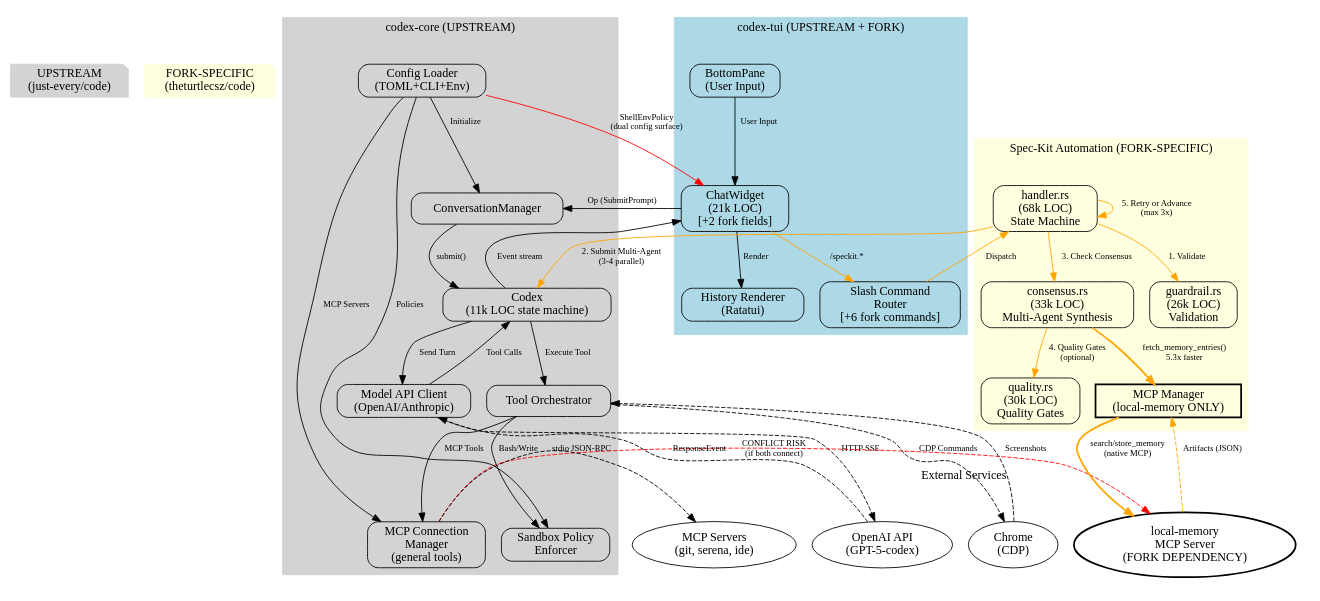
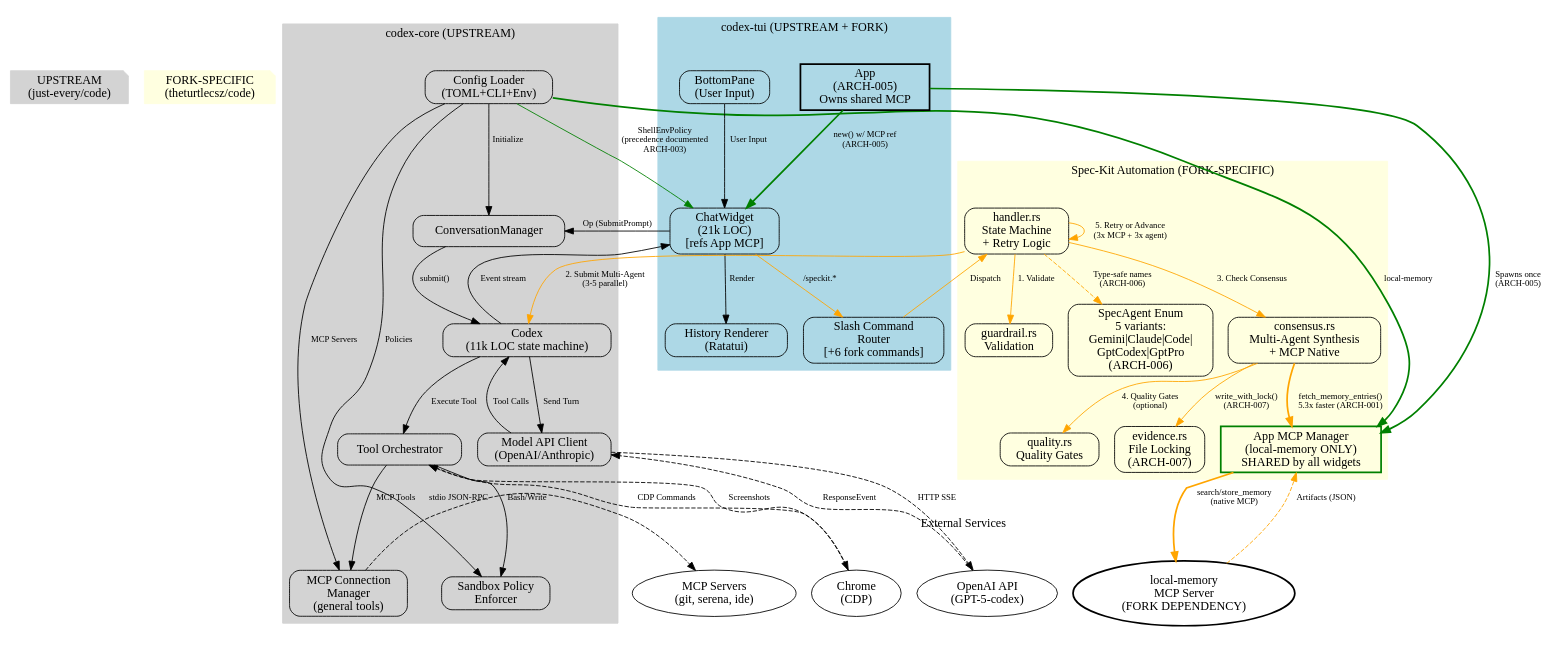
Before and after one commit to just-every/code: the diagram in codex-rs/REVIEW.md, drawn with Graphviz. The commit also changed 5 other files, not shown here.

First line of the commit message:
feat(arch): eliminate MCP process multiplication and complete agent enum migration (ARCH-005, ARCH-009-REVISED)

````diff
--- a/codex-rs/REVIEW.md
+++ b/codex-rs/REVIEW.md
@@ -504,7 +504,8 @@
     style=filled;
     color=lightblue;
 
-    ChatWidget [label="ChatWidget\n(21k LOC)\n[+2 fork fields]"];
+    App [label="App\n(ARCH-005)\nOwns shared MCP", style=bold];
+    ChatWidget [label="ChatWidget\n(21k LOC)\n[refs App MCP]"];
     BottomPane [label="BottomPane\n(User Input)"];
     HistoryRender [label="History Renderer\n(Ratatui)"];
     SlashRouter [label="Slash Command\nRouter\n[+6 fork commands]"];
@@ -516,11 +517,13 @@
     style=filled;
     color=lightyellow;
 
-    SpecHandler [label="handler.rs\n(68k LOC)\nState Machine"];
-    Consensus [label="consensus.rs\n(33k LOC)\nMulti-Agent Synthesis"];
-    Quality [label="quality.rs\n(30k LOC)\nQuality Gates"];
-    Guardrail [label="guardrail.rs\n(26k LOC)\nValidation"];
-    McpMgrTui [label="MCP Manager\n(local-memory ONLY)", style=bold];
+    SpecHandler [label="handler.rs\nState Machine\n+ Retry Logic"];
+    Consensus [label="consensus.rs\nMulti-Agent Synthesis\n+ MCP Native"];
+    Quality [label="quality.rs\nQuality Gates"];
+    Guardrail [label="guardrail.rs\nValidation"];
+    Evidence [label="evidence.rs\nFile Locking\n(ARCH-007)"];
+    AgentEnum [label="SpecAgent Enum\n5 variants:\nGemini|Claude|Code|\nGptCodex|GptPro\n(ARCH-006)"];
+    McpMgrApp [label="App MCP Manager\n(local-memory ONLY)\nSHARED by all widgets", style=bold, color=green];
   }
 
   // ========== External Services ==========
@@ -536,6 +539,8 @@
   }
 
   // ========== Core Data Flow (UPSTREAM) ==========
+  App -> ChatWidget [label="new() w/ MCP ref\n(ARCH-005)", color=green, style=bold];
+  App -> McpMgrApp [label="Spawns once\n(ARCH-005)", color=green, style=bold];
   BottomPane -> ChatWidget [label="User Input"];
   ChatWidget -> ConvMgr [label="Op (SubmitPrompt)"];
   ConvMgr -> Codex [label="submit()"];
@@ -554,16 +559,26 @@
   ChatWidget -> SlashRouter [label="/speckit.*", color=orange];
   SlashRouter -> SpecHandler [label="Dispatch", color=orange];
   SpecHandler -> Guardrail [label="1. Validate", color=orange];
-  SpecHandler -> Codex [label="2. Submit Multi-Agent\n(3-4 parallel)", color=orange];
+  SpecHandler -> Codex [label="2. Submit Multi-Agent\n(3-5 parallel)", color=orange];
   SpecHandler -> Consensus [label="3. Check Consensus", color=orange];
-  Consensus -> McpMgrTui [label="fetch_memory_entries()\n5.3x faster", color=orange, style=bold];
-  McpMgrTui -> LocalMem [label="search/store_memory\n(native MCP)", color=orange, style=bold];
-  LocalMem -> McpMgrTui [label="Artifacts (JSON)", style=dashed, color=orange];
+  Consensus -> McpMgrApp [label="fetch_memory_entries()\n5.3x faster (ARCH-001)", color=orange, style=bold];
+  McpMgrApp -> LocalMem [label="search/store_memory\n(native MCP)", color=orange, style=bold];
+  LocalMem -> McpMgrApp [label="Artifacts (JSON)", style=dashed, color=orange];
   Consensus -> Quality [label="4. Quality Gates\n(optional)", color=orange];
-  SpecHandler -> SpecHandler [label="5. Retry or Advance\n(max 3x)", color=orange];
+  Consensus -> Evidence [label="write_with_lock()\n(ARCH-007)", color=orange];
+  SpecHandler -> SpecHandler [label="5. Retry or Advance\n(3x MCP + 3x agent)", color=orange];
+  SpecHandler -> AgentEnum [label="Type-safe names\n(ARCH-006)", color=orange, style=dashed];
 
-  // ========== Dual MCP Problem (FORK-INTRODUCED) ==========
-  McpMgrCore -> LocalMem [label="CONFLICT RISK\n(if both connect)", color=red, style=dashed];
+  // ========== MCP Architecture Notes ==========
+  // ARCH-005 Resolution: App-level MCP spawn eliminates process multiplication
+  //  - Before: N widgets × 1 local-memory process each = N processes
+  //  - After: 1 App × 1 local-memory process = 1 process (shared via Arc)
+  //  - Forked/backtracked sessions reuse App's MCP manager
+  //
+  // ARCH-001: Native MCP calls replace subprocess (5.3x performance improvement)
+  //  - MCP retry: 3 attempts, 100ms→200ms→400ms exponential backoff
+  //  - Agent retry: 3 attempts per stage (SPEC_AUTO_AGENT_RETRY_ATTEMPTS)
+  //  - Fallback: File-based evidence if MCP unavailable
 
   // ========== Browser Integration (UPSTREAM) ==========
   ToolOrch -> ChromeCDP [label="CDP Commands", style=dashed];
@@ -572,7 +587,8 @@
   // ========== Configuration (UPSTREAM + FORK) ==========
   Config -> ConvMgr [label="Initialize"];
   Config -> McpMgrCore [label="MCP Servers"];
+  Config -> McpMgrApp [label="local-memory", color=green, style=bold];
   Config -> Sandbox [label="Policies"];
-  Config -> ChatWidget [label="ShellEnvPolicy\n(dual config surface)", color=red];
+  Config -> ChatWidget [label="ShellEnvPolicy\n(precedence documented\nARCH-003)", color=green];
 }
 ```
````
